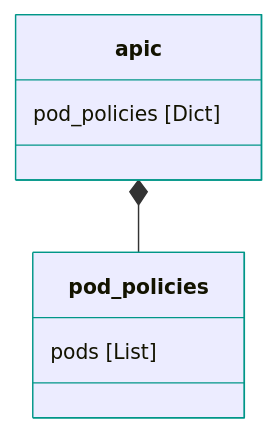
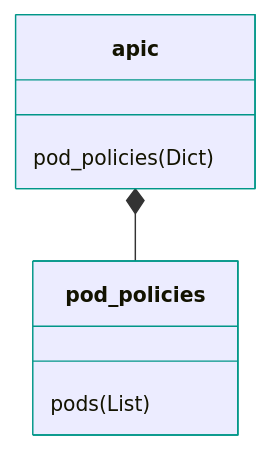
One commit to netascode/terraform-aci-nac-aci changed the first of 3 diagrams in docs/data_model/overview.md. Above: the diagram before and after it, drawn with Mermaid. The commit also changed other lines of this file and 15 other files, not shown here.

````diff
--- a/docs/data_model/overview.md
+++ b/docs/data_model/overview.md
@@ -15,7 +16,7 @@
 ```mermaid
-%%{init: {'themeVariables': {'nodeBorder': '#009688', 'fontSize':'14px'}}}%%
+%%{init: {'themeVariables': {'nodeBorder': '#009688', 'fontSize': '14px', 'fontFamily': 'Roboto'}}}%%
 classDiagram
 apic *-- pod_policies
-apic : pod_policies [Dict]
-pod_policies : pods [List]
+apic : pod_policies (Dict)
+pod_policies : pods (List)
 ```
````
